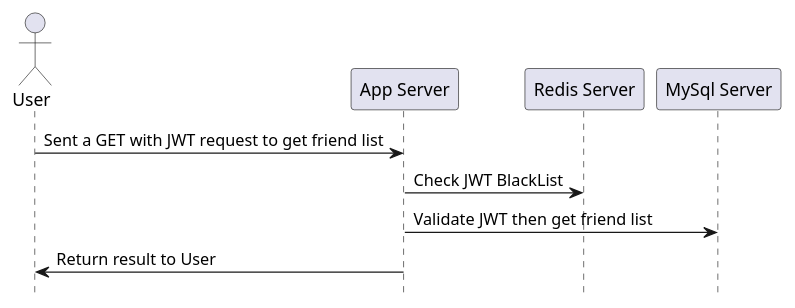
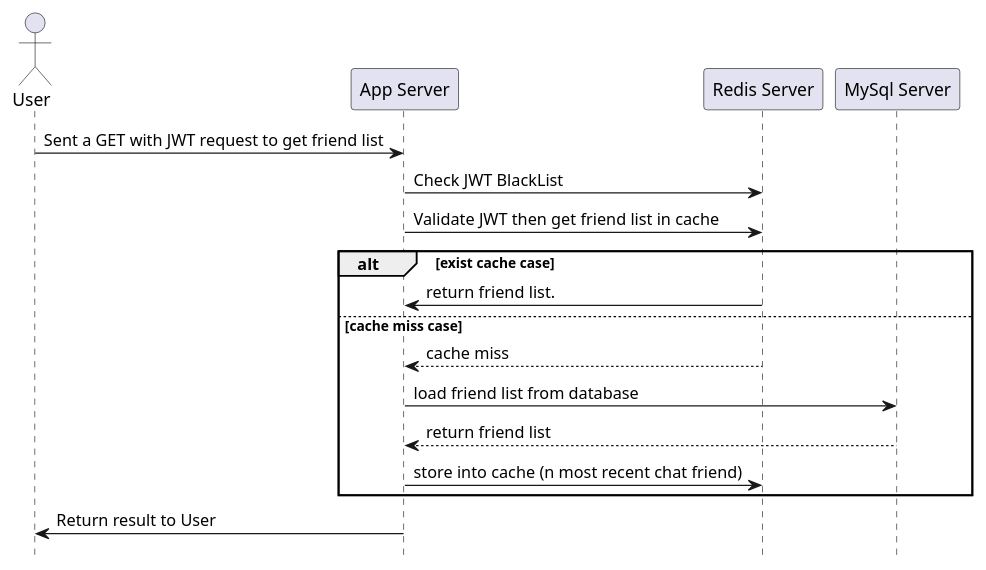
The diagram in seq-diagrams/viewlistusers.puml (noradomi/foo-app), drawn with PlantUML before and after one commit. The commit also changed 6 other files, not shown here.

```diff
--- a/seq-diagrams/viewlistusers.puml
+++ b/seq-diagrams/viewlistusers.puml
@@ -1,12 +1,19 @@
 @startuml viewlistusers
     hide footbox
 
     actor "User"
 
     "User" -> "App Server": Sent a GET with JWT request to get friend list
     "App Server" -> "Redis Server": Check JWT BlackList
-    "App Server" -> "MySql Server": Validate JWT then get friend list
-
+    "App Server" -> "Redis Server": Validate JWT then get friend list in cache
+    alt exist cache case
+    "Redis Server" -> "App Server": return friend list.
+    else cache miss case 
+    "Redis Server" --> "App Server": cache miss
+    "App Server" -> "MySql Server": load friend list from database
+    "MySql Server" --> "App Server": return friend list
+    "App Server" -> "Redis Server": store into cache (n most recent chat friend)
+    end
     "App Server" -> "User": Return result to User
 
 @enduml
```
